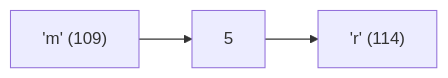
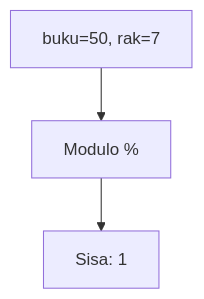
The ninth of 25 diagrams in part-c-pemahaman-cpp/01-tipe-data/latihan/set-12.md (amnahwaida/OSNK_INF_PREP), drawn with Mermaid before and after one commit. The commit also changed other lines of this file and 71 other files, not shown here.

````diff
--- a/part-c-pemahaman-cpp/01-tipe-data/latihan/set-12.md
+++ b/part-c-pemahaman-cpp/01-tipe-data/latihan/set-12.md
@@ -239,5 +249,5 @@
 ```mermaid
-graph LR
-A["'m' (109)"] --> B["5"]
-B --> C["'r' (114)"]
+graph TD
+A["buku=50, rak=7"] --> B["Modulo %"]
+B --> C["Sisa: 1"]
 ```
````
